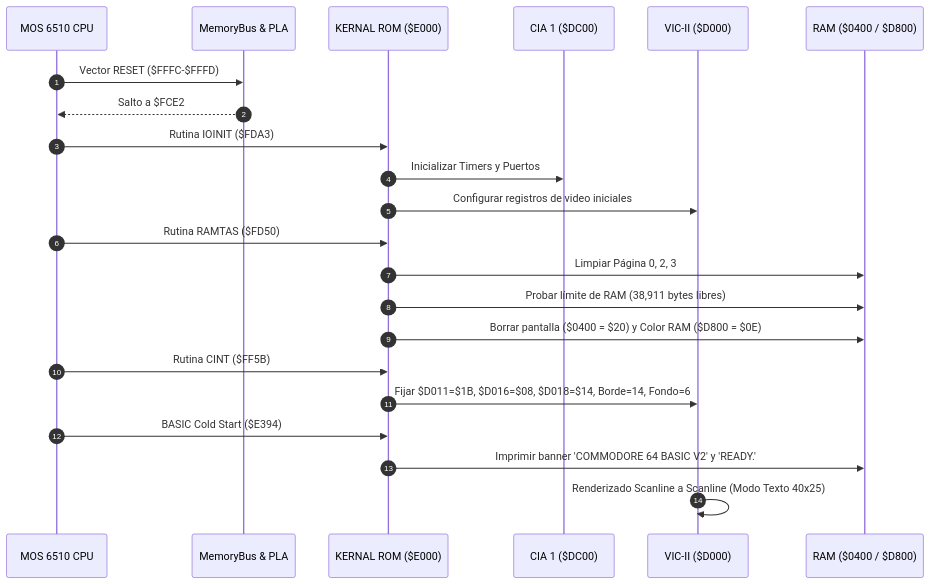
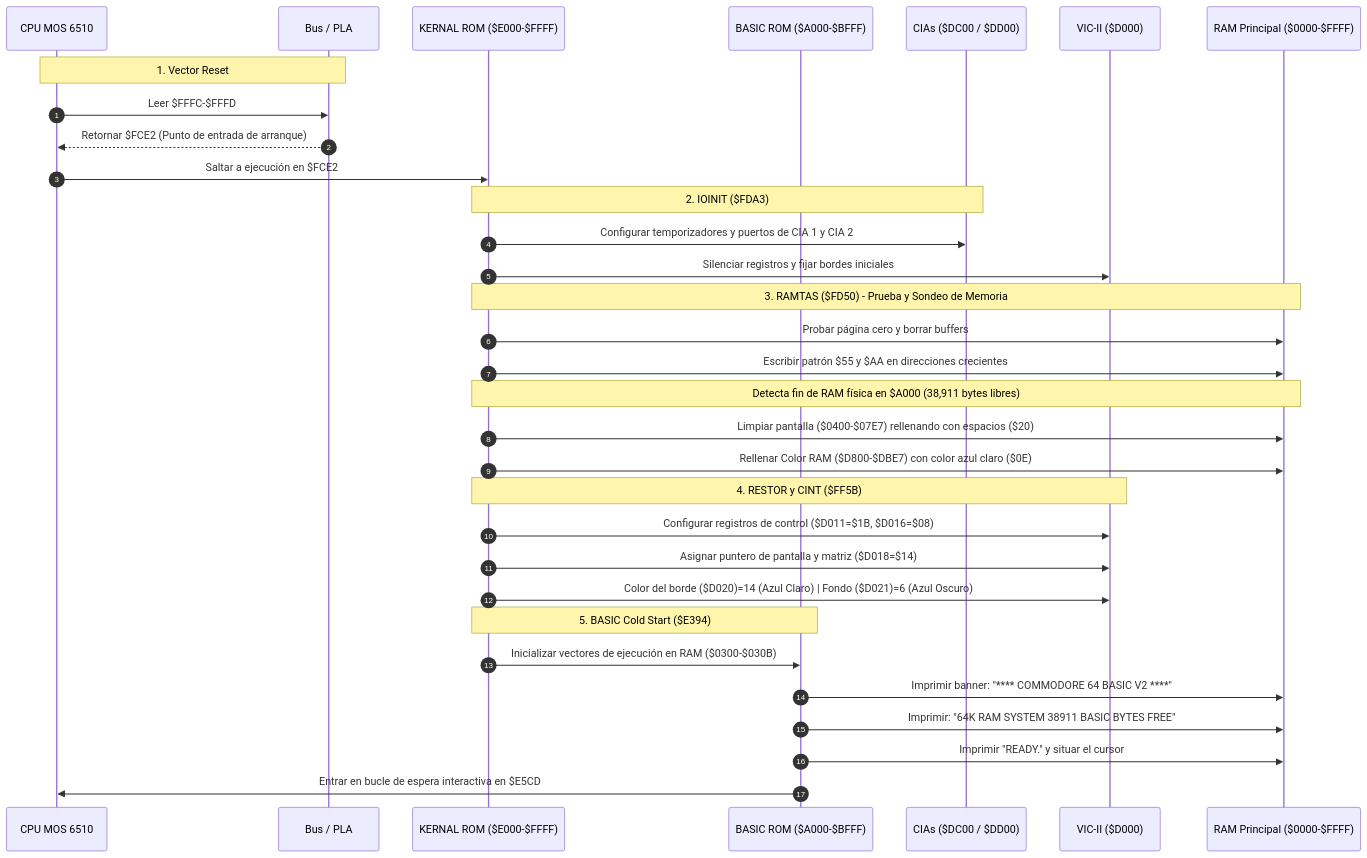
The fourth of 6 diagrams in DIARIO.md (RafxDev/C64-Web), drawn with Mermaid before and after one commit. The commit also changed other lines of this file, not shown here.

Commit message:
Diario actualizado: mejor claridad en lo hecho para futuras, actuales lectores del repositorio, constancia de como he hecho mi trabajo aqui

````diff
--- a/DIARIO.md
+++ b/DIARIO.md
@@ -256,25 +388,39 @@
 ```mermaid
 sequenceDiagram
     autonumber
-    participant CPU as MOS 6510 CPU
-    participant Bus as MemoryBus & PLA
-    participant KERNAL as KERNAL ROM ($E000)
-    participant CIA as CIA 1 ($DC00)
+    participant CPU as CPU MOS 6510
+    participant PLA as Bus / PLA
+    participant KERNAL as KERNAL ROM ($E000-$FFFF)
+    participant BASIC as BASIC ROM ($A000-$BFFF)
+    participant CIA as CIAs ($DC00 / $DD00)
     participant VIC as VIC-II ($D000)
-    participant RAM as RAM ($0400 / $D800)
+    participant RAM as RAM Principal ($0000-$FFFF)
 
-    CPU->>Bus: Vector RESET ($FFFC-$FFFD)
-    Bus-->>CPU: Salto a $FCE2
-    CPU->>KERNAL: Rutina IOINIT ($FDA3)
-    KERNAL->>CIA: Inicializar Timers y Puertos
-    KERNAL->>VIC: Configurar registros de video iniciales
-    CPU->>KERNAL: Rutina RAMTAS ($FD50)
-    KERNAL->>RAM: Limpiar Página 0, 2, 3
-    KERNAL->>RAM: Probar límite de RAM (38,911 bytes libres)
-    KERNAL->>RAM: Borrar pantalla ($0400 = $20) y Color RAM ($D800 = $0E)
-    CPU->>KERNAL: Rutina CINT ($FF5B)
-    KERNAL->>VIC: Fijar $D011=$1B, $D016=$08, $D018=$14, Borde=14, Fondo=6
-    CPU->>KERNAL: BASIC Cold Start ($E394)
-    KERNAL->>RAM: Imprimir banner 'COMMODORE 64 BASIC V2' y 'READY.'
-    VIC->>VIC: Renderizado Scanline a Scanline (Modo Texto 40x25)
+    Note over CPU,PLA: 1. Vector Reset
+    CPU->>PLA: Leer $FFFC-$FFFD
+    PLA-->>CPU: Retornar $FCE2 (Punto de entrada de arranque)
+    CPU->>KERNAL: Saltar a ejecución en $FCE2
+
+    Note over KERNAL,CIA: 2. IOINIT ($FDA3)
+    KERNAL->>CIA: Configurar temporizadores y puertos de CIA 1 y CIA 2
+    KERNAL->>VIC: Silenciar registros y fijar bordes iniciales
+
+    Note over KERNAL,RAM: 3. RAMTAS ($FD50) - Prueba y Sondeo de Memoria
+    KERNAL->>RAM: Probar página cero y borrar buffers
+    KERNAL->>RAM: Escribir patrón $55 y $AA en direcciones crecientes
+    Note over KERNAL,RAM: Detecta fin de RAM física en $A000 (38,911 bytes libres)
+    KERNAL->>RAM: Limpiar pantalla ($0400-$07E7) rellenando con espacios ($20)
+    KERNAL->>RAM: Rellenar Color RAM ($D800-$DBE7) con color azul claro ($0E)
+
+    Note over KERNAL,VIC: 4. RESTOR y CINT ($FF5B)
+    KERNAL->>VIC: Configurar registros de control ($D011=$1B, $D016=$08)
+    KERNAL->>VIC: Asignar puntero de pantalla y matriz ($D018=$14)
+    KERNAL->>VIC: Color del borde ($D020)=14 (Azul Claro) | Fondo ($D021)=6 (Azul Oscuro)
+
+    Note over KERNAL,BASIC: 5. BASIC Cold Start ($E394)
+    KERNAL->>BASIC: Inicializar vectores de ejecución en RAM ($0300-$030B)
+    BASIC->>RAM: Imprimir banner: "**** COMMODORE 64 BASIC V2 ****"
+    BASIC->>RAM: Imprimir: "64K RAM SYSTEM  38911 BASIC BYTES FREE"
+    BASIC->>RAM: Imprimir "READY." y situar el cursor
+    BASIC->>CPU: Entrar en bucle de espera interactiva en $E5CD
 ```
````
